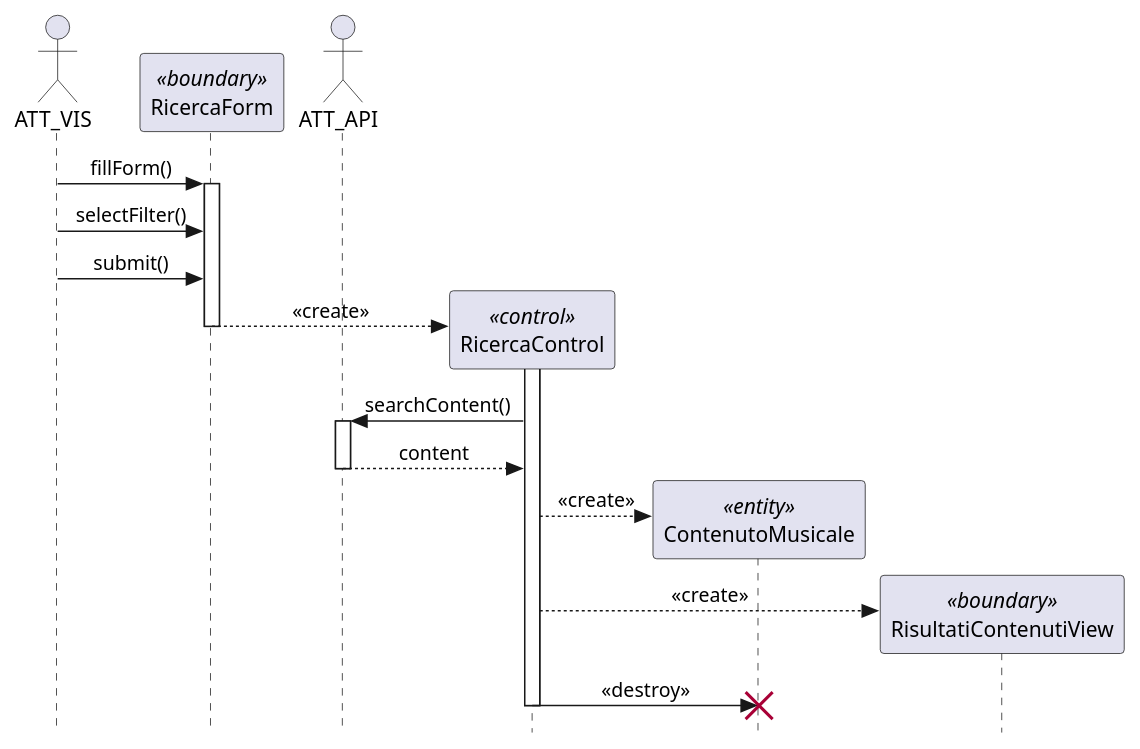
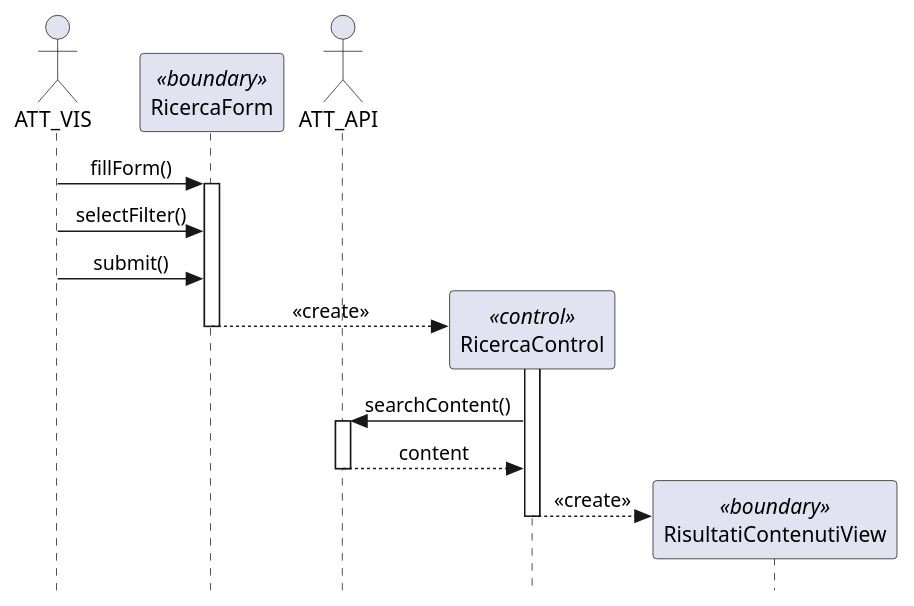
Before and after one commit to rdelvacchio/AmplyMus: the diagram in RAD/src/SD/SD_GC_1.plantuml, drawn with PlantUML. The commit also changed 2 other files, not shown here.

```diff
--- a/RAD/src/SD/SD_GC_1.plantuml
+++ b/RAD/src/SD/SD_GC_1.plantuml
@@ -1,31 +1,27 @@
 @startuml
 hide footbox
 skinparam style strictuml
 skinparam sequenceMessageAlign center
 
 actor ATT_VIS
 participant "RicercaForm" as A <<boundary>>
 actor "ATT_API" as API
 
 ATT_VIS -> A : fillForm()
 activate A
 ATT_VIS -> A : selectFilter()
 ATT_VIS -> A : submit()
 
 create participant "RicercaControl" as C <<control>>
 A --> C ++ : <<create>>
 deactivate A
 
 C -> API ++ : searchContent()
 API --> C : content
 deactivate API
 
-create participant "ContenutoMusicale" as D <<entity>>
-C --> D : <<create>>
-
 create participant "RisultatiContenutiView" as E <<boundary>>
 C --> E : <<create>>
 
-C -> D !! : <<destroy>>
 deactivate C
 @enduml
```
